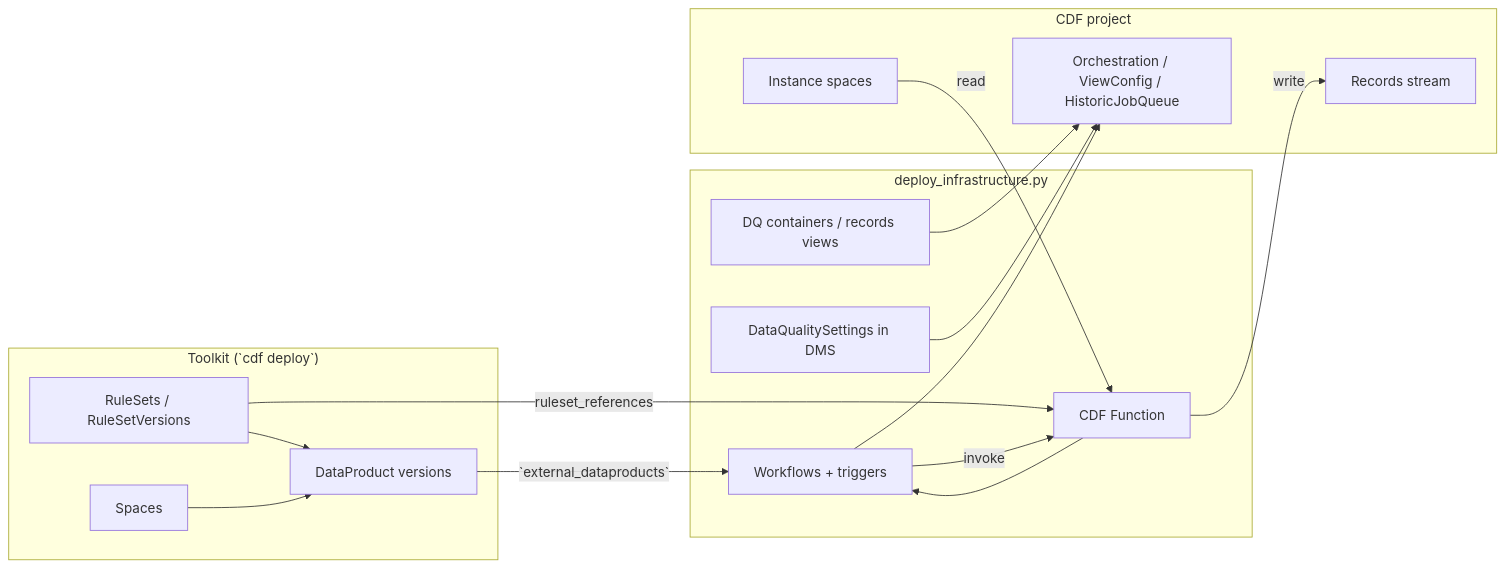
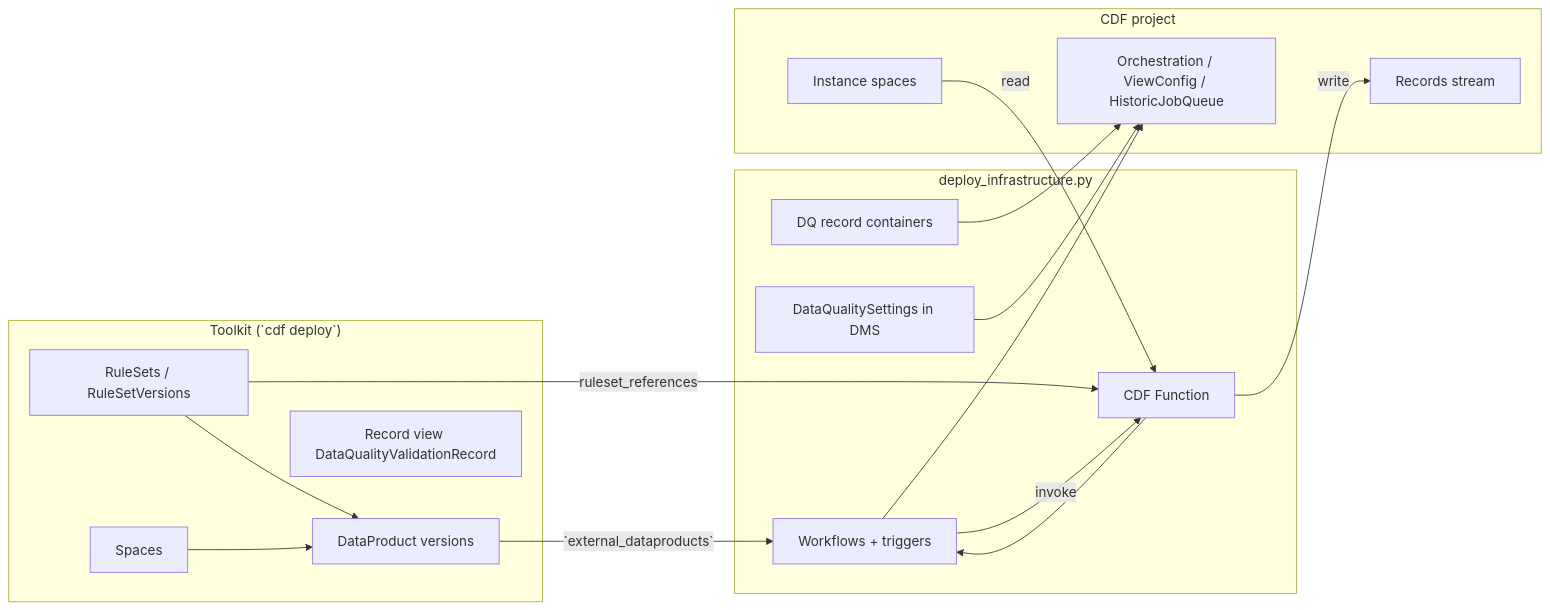
The first of 2 diagrams in modules/common/cdf_dq_runtime/README.md (cognitedata/library), drawn with Mermaid before and after one commit. The commit also changed other lines of this file and 1 other file, not shown here.

First line of the commit message:
added view for QA record (#451)

````diff
--- a/modules/common/cdf_dq_runtime/README.md
+++ b/modules/common/cdf_dq_runtime/README.md
@@ -23,33 +24,34 @@
 ```mermaid
 flowchart LR
   subgraph toolkit["Toolkit (`cdf deploy`)"]
     RS[RuleSets / RuleSetVersions]
     DP[DataProduct versions]
     SP[Spaces]
+    RV[Record view DataQualityValidationRecord]
   end
 
   subgraph py["`deploy_infrastructure.py`"]
     FN[CDF Function]
-    CTR[DQ containers / records views]
+    CTR[DQ record containers]
     WF[Workflows + triggers]
     SET[DataQualitySettings in DMS]
   end
 
   subgraph cdf["CDF project"]
     INST[Instance spaces]
     REC[Records stream]
     STATE[Orchestration / ViewConfig / HistoricJobQueue]
   end
 
   RS --> DP
   SP --> DP
   DP -->|`external_dataproducts`| WF
   FN --> WF
   CTR --> STATE
   SET --> STATE
   INST -->|read| FN
   RS -->|ruleset_references| FN
   FN -->|write| REC
   WF -->|invoke| FN
   WF --> STATE
 ```
````
